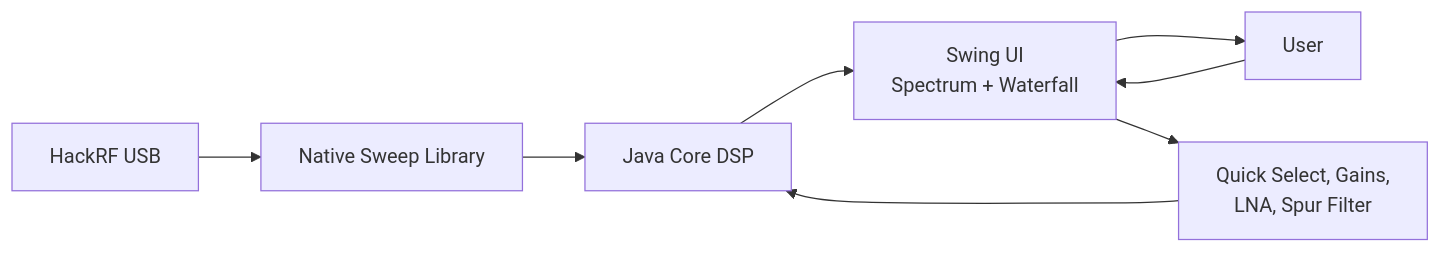
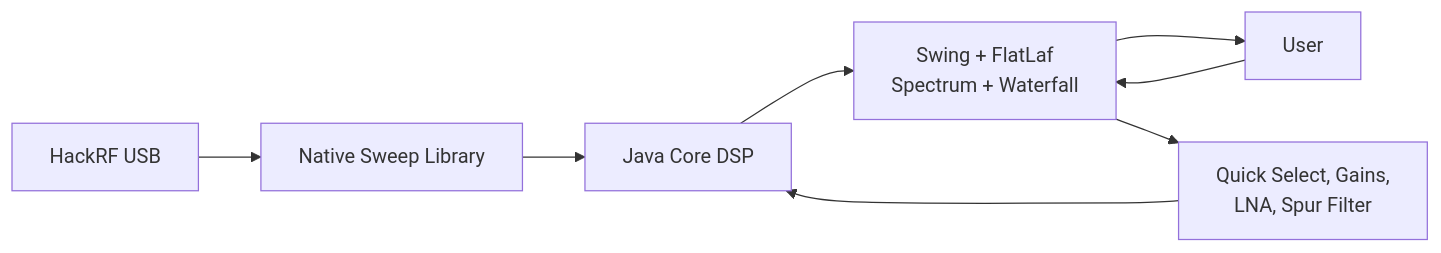
The diagram in docs/usage.md (chris-piekarski/hackrf-spectrum-analyzer), drawn with Mermaid before and after one commit. The commit also changed 21 other files, not shown here.

First line of the commit message:
Require Java 21 and apply FlatLaf dark UI.

````diff
--- a/docs/usage.md
+++ b/docs/usage.md
@@ -21,10 +21,10 @@
 ```mermaid
 flowchart LR
     HW[HackRF USB] --> Native[Native Sweep Library]
     Native --> Java[Java Core DSP]
-    Java --> UI[Swing UI<br/>Spectrum + Waterfall]
+    Java --> UI[Swing + FlatLaf<br/>Spectrum + Waterfall]
     UI --> User[User]
     User --> UI
     UI --> Controls[Quick Select, Gains,<br/>LNA, Spur Filter]
     Controls --> Java
 ```
````
